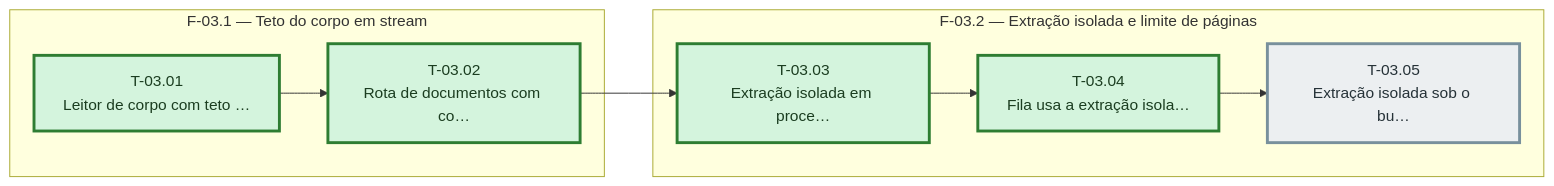
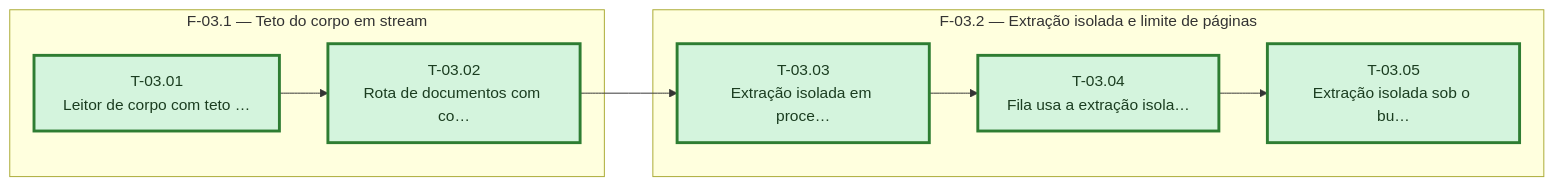
The diagram in docs/robustez-de-midia-e-operacao/sprint-03/fases.md (bittencourtthulio/converse-chatbot), drawn with Mermaid before and after one commit. The commit also changed 3 other files, not shown here.

````diff
--- a/docs/robustez-de-midia-e-operacao/sprint-03/fases.md
+++ b/docs/robustez-de-midia-e-operacao/sprint-03/fases.md
@@ -31,30 +31,30 @@
 ```mermaid
 %% Grafo de tasks — sprint-03 — gerado pela sprintx a partir de tasks.md
 flowchart LR
   subgraph fase_03_1["F-03.1 — Teto do corpo em stream"]
     T_03_01["T-03.01<br/>Leitor de corpo com teto …"]
     T_03_02["T-03.02<br/>Rota de documentos com co…"]
   end
   subgraph fase_03_2["F-03.2 — Extração isolada e limite de páginas"]
     T_03_03["T-03.03<br/>Extração isolada em proce…"]
     T_03_04["T-03.04<br/>Fila usa a extração isola…"]
     T_03_05["T-03.05<br/>Extração isolada sob o bu…"]
   end
   T_03_01 --> T_03_02
   T_03_02 --> T_03_03
   T_03_03 --> T_03_04
   T_03_04 --> T_03_05
 
   classDef concluida fill:#d4f4dd,stroke:#2e7d32,color:#1b3d20
   classDef andamento fill:#fff3cd,stroke:#b8860b,color:#4a3800
   classDef bloqueada fill:#f8d7da,stroke:#c62828,color:#4a1d1f
   classDef pendente  fill:#eceff1,stroke:#78909c,color:#263238
   classDef critico   stroke-width:3px
 
-  class T_03_05 pendente
   class T_03_01 concluida
   class T_03_02 concluida
   class T_03_03 concluida
   class T_03_04 concluida
+  class T_03_05 concluida
   class T_03_01,T_03_02,T_03_03,T_03_04,T_03_05 critico
 ```
````
